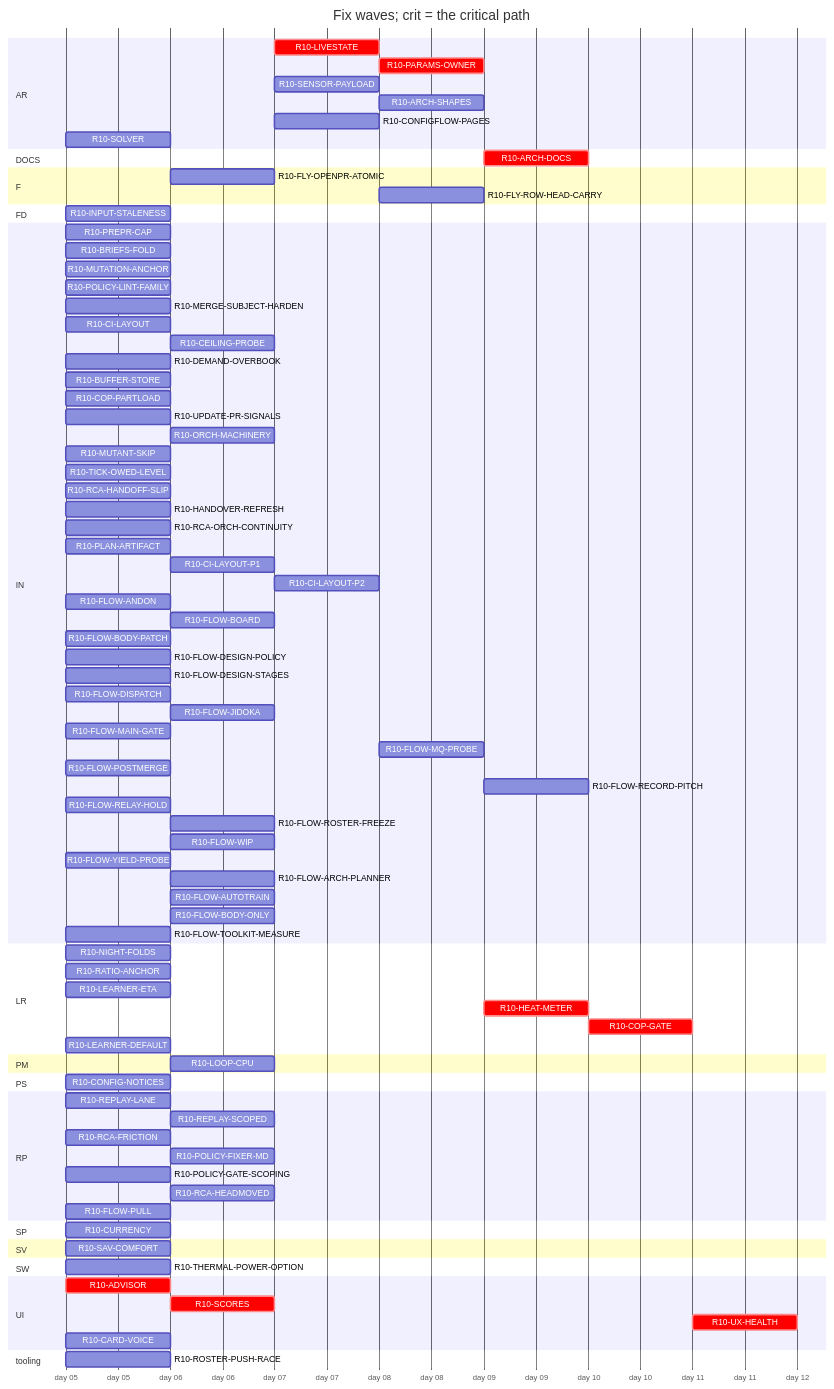
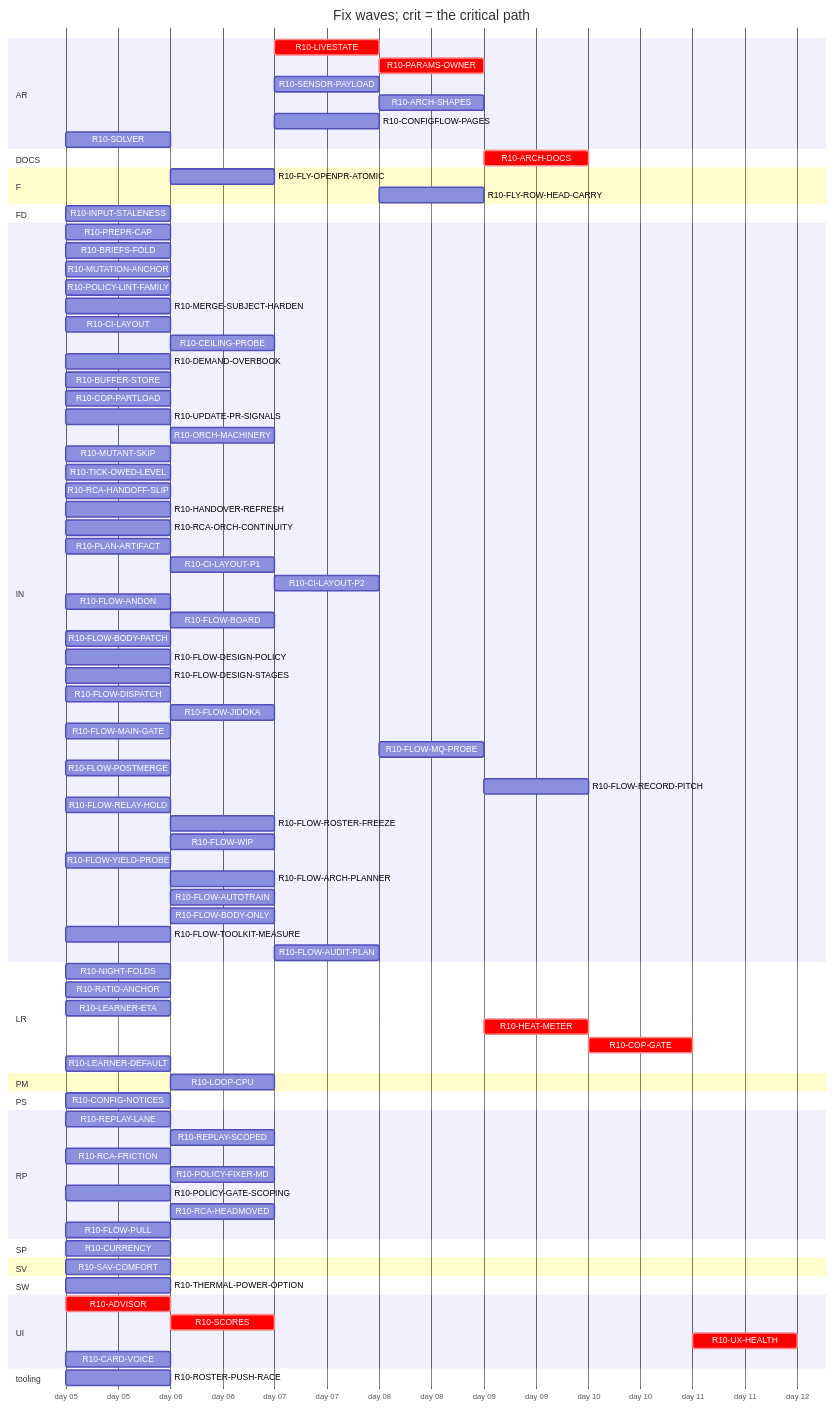
Before and after one commit to tvofi/heatpump_optimizer: the diagram in handoff/round10/state/PLAN-TABLE.md, drawn with Mermaid. The commit also changed other lines of this file and 1 other file, not shown here.

Commit message:
state: NEXT-SESSION-PROMPT.md, PLAN-TABLE.md, RESUME-CURRENT.md regenerated (state_docs.py)

```diff
--- a/handoff/round10/state/PLAN-TABLE.md
+++ b/handoff/round10/state/PLAN-TABLE.md
@@ -83,6 +83,7 @@
     R10-FLOW-AUTOTRAIN :r10FLOWAUTOTRAIN, after r10FLOWPULL, 1d
     R10-FLOW-BODY-ONLY :r10FLOWBODYONLY, after r10UPDATEPRSIGNALS r10FLOWBODYPATCH, 1d
     R10-FLOW-TOOLKIT-MEASURE :r10FLOWTOOLKITMEASURE, 2026-01-05, 1d
+    R10-FLOW-AUDIT-PLAN :r10FLOWAUDITPLAN, after r10FLOWARCHPLANNER r10FLOWTOOLKITMEASURE, 1d
   section LR
     R10-NIGHT-FOLDS :r10NIGHTFOLDS, 2026-01-05, 1d
     R10-RATIO-ANCHOR :r10RATIOANCHOR, 2026-01-05, 1d
```
